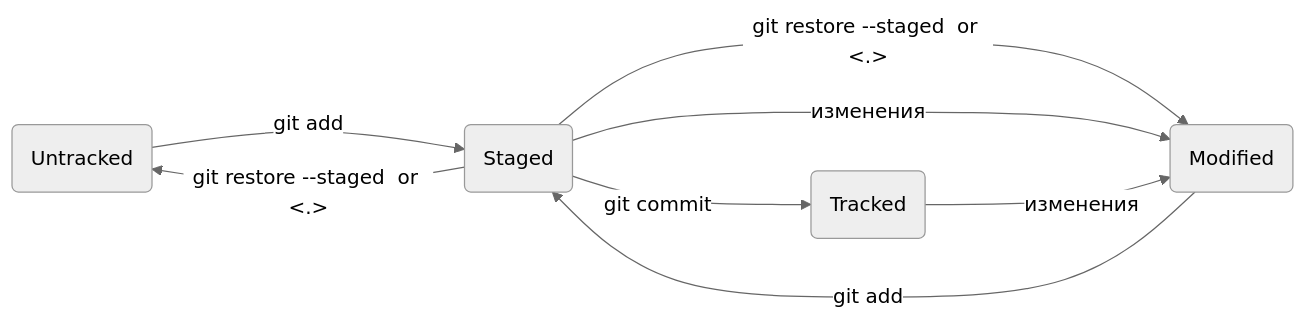
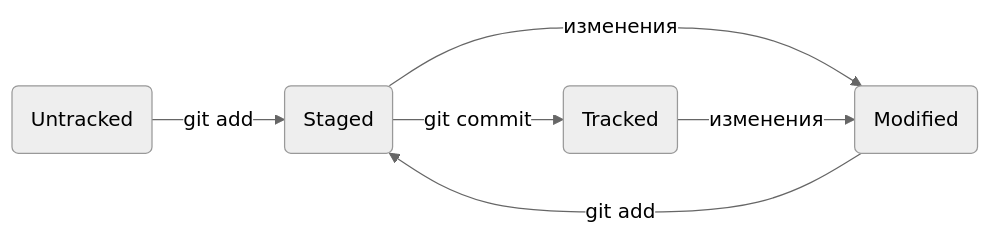
The first of 3 diagrams in README.md (IgnatyKhramtsov/project_in_the_world), drawn with Mermaid (neutral theme) before and after one commit.

````diff
--- a/README.md
+++ b/README.md
@@ -19,11 +19,9 @@
 ```mermaid
 flowchart LR
 
 U(Untracked) -->|git add| S(Staged)
-S -->|git restore --staged <file> or <.>| U
-S -->|git restore --staged <file> or <.>| M
 M(Modified) -->|git add| S
 S -->|изменения| M
 S -->|git commit| T(Tracked)
 T -->|изменения| M
 ```
````
